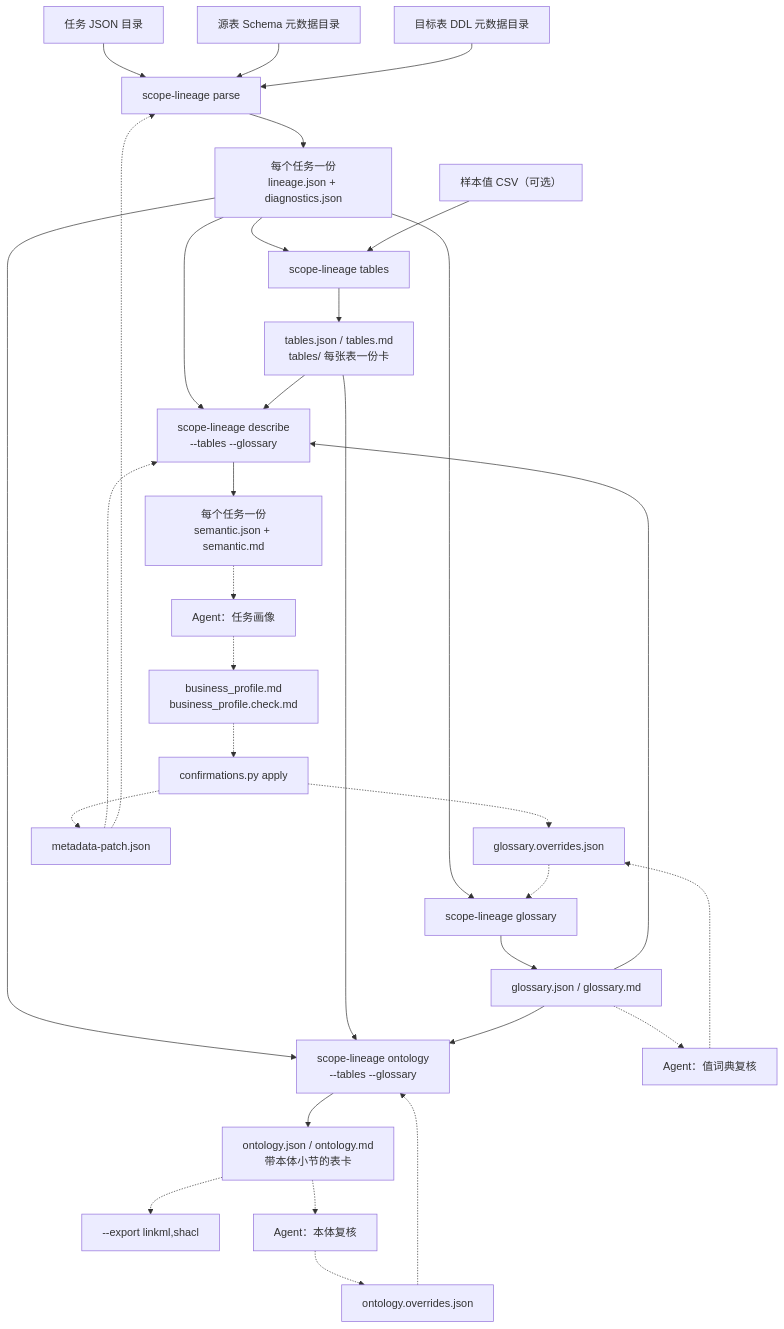
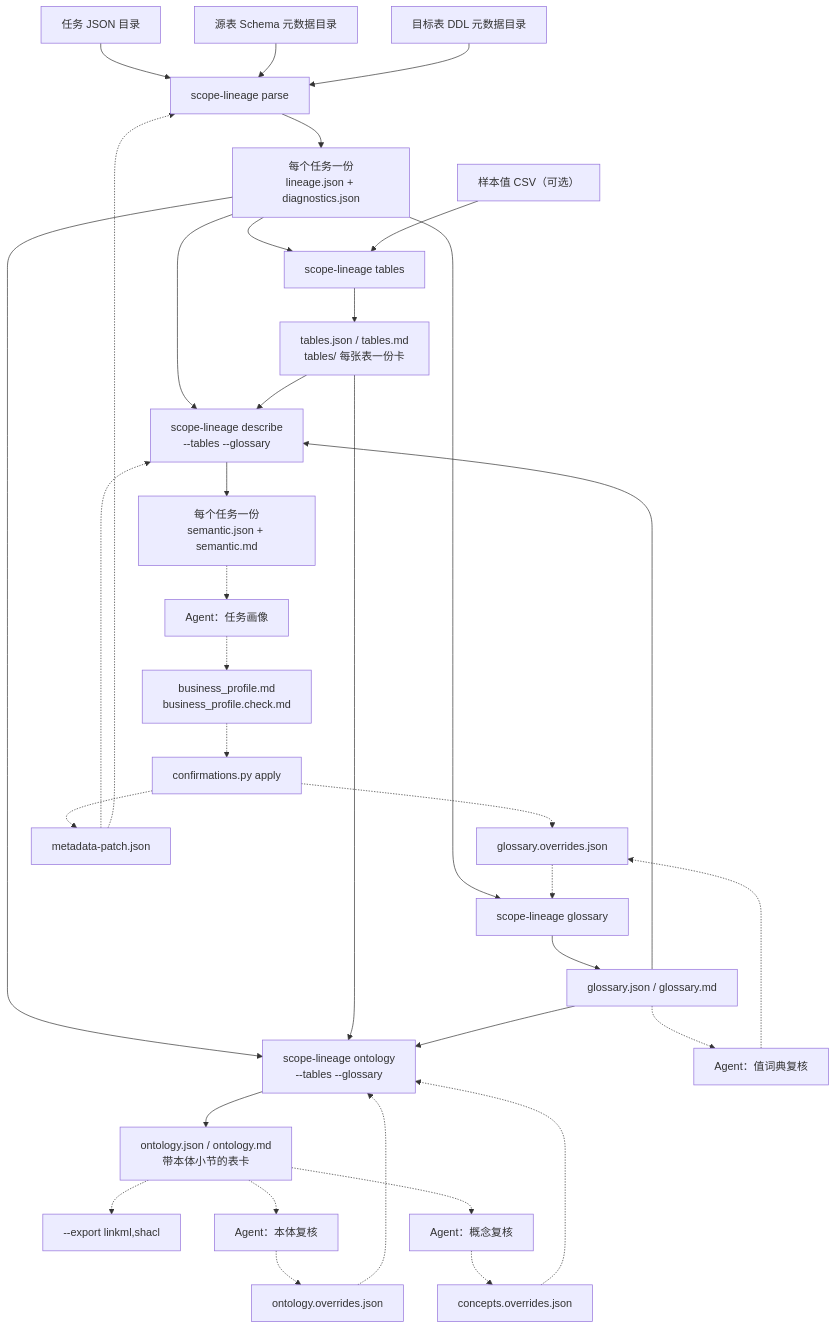
The diagram in docs/zh-CN/workflow.md (realyin/scope-lineage), drawn with Mermaid before and after one commit. The commit also changed other lines of this file and 19 other files, not shown here.

Commit message:
feat(ontology): concept layer rendered (Mermaid + tables + card section 7), concept review prompt and concepts.overrides.json round trip (K4)

````diff
--- a/docs/zh-CN/workflow.md
+++ b/docs/zh-CN/workflow.md
@@ -13,40 +13,43 @@
 ```mermaid
 flowchart TD
     IN_TASK["任务 JSON 目录"] --> PARSE
     IN_SCHEMA["源表 Schema 元数据目录"] --> PARSE
     IN_DDL["目标表 DDL 元数据目录"] --> PARSE
     PARSE["scope-lineage parse"] --> FACTS["每个任务一份<br/>lineage.json + diagnostics.json"]
 
     FACTS --> TABLES["scope-lineage tables"]
     FACTS --> GLOSSARY["scope-lineage glossary"]
     IN_SAMPLES["样本值 CSV（可选）"] --> TABLES
     TABLES --> CARDS["tables.json / tables.md<br/>tables/ 每张表一份卡"]
     GLOSSARY --> DICT["glossary.json / glossary.md"]
 
     FACTS --> DESCRIBE["scope-lineage describe<br/>--tables --glossary"]
     CARDS --> DESCRIBE
     DICT --> DESCRIBE
     DESCRIBE --> SEMANTIC["每个任务一份<br/>semantic.json + semantic.md"]
 
     FACTS --> ONTOLOGY["scope-lineage ontology<br/>--tables --glossary"]
     CARDS --> ONTOLOGY
     DICT --> ONTOLOGY
     ONTOLOGY --> ONTO_OUT["ontology.json / ontology.md<br/>带本体小节的表卡"]
     ONTO_OUT -.-> EXPORT["--export linkml,shacl"]
 
     SEMANTIC -.-> AGENT_PROFILE["Agent：任务画像"]
     AGENT_PROFILE -.-> PROFILE_MD["business_profile.md<br/>business_profile.check.md"]
     PROFILE_MD -.-> APPLY["confirmations.py apply"]
     APPLY -.-> G_OVR["glossary.overrides.json"]
     APPLY -.-> PATCH["metadata-patch.json"]
 
     DICT -.-> AGENT_GLOSSARY["Agent：值词典复核"]
     AGENT_GLOSSARY -.-> G_OVR
     ONTO_OUT -.-> AGENT_ONTOLOGY["Agent：本体复核"]
     AGENT_ONTOLOGY -.-> O_OVR["ontology.overrides.json"]
+    ONTO_OUT -.-> AGENT_CONCEPT["Agent：概念复核"]
+    AGENT_CONCEPT -.-> C_OVR["concepts.overrides.json"]
 
     G_OVR -.-> GLOSSARY
     O_OVR -.-> ONTOLOGY
+    C_OVR -.-> ONTOLOGY
     PATCH -.-> DESCRIBE
     PATCH -.-> PARSE
 ```
````
